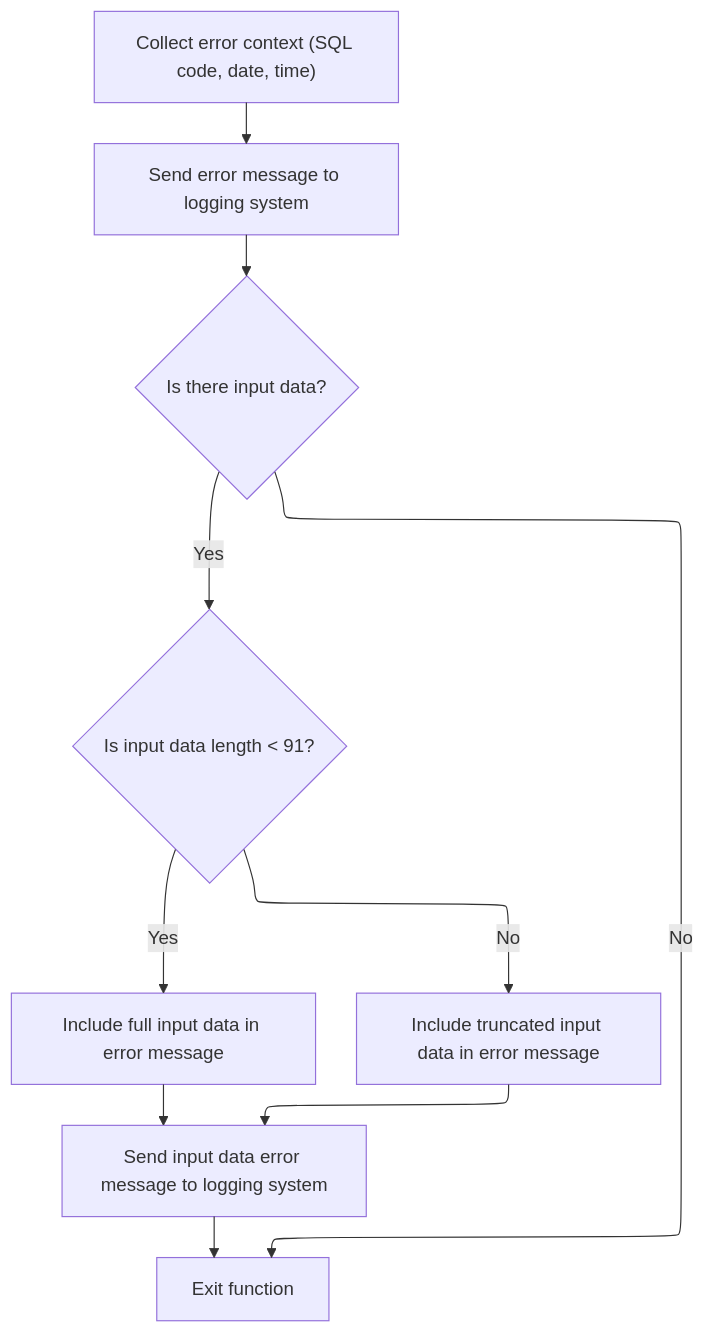
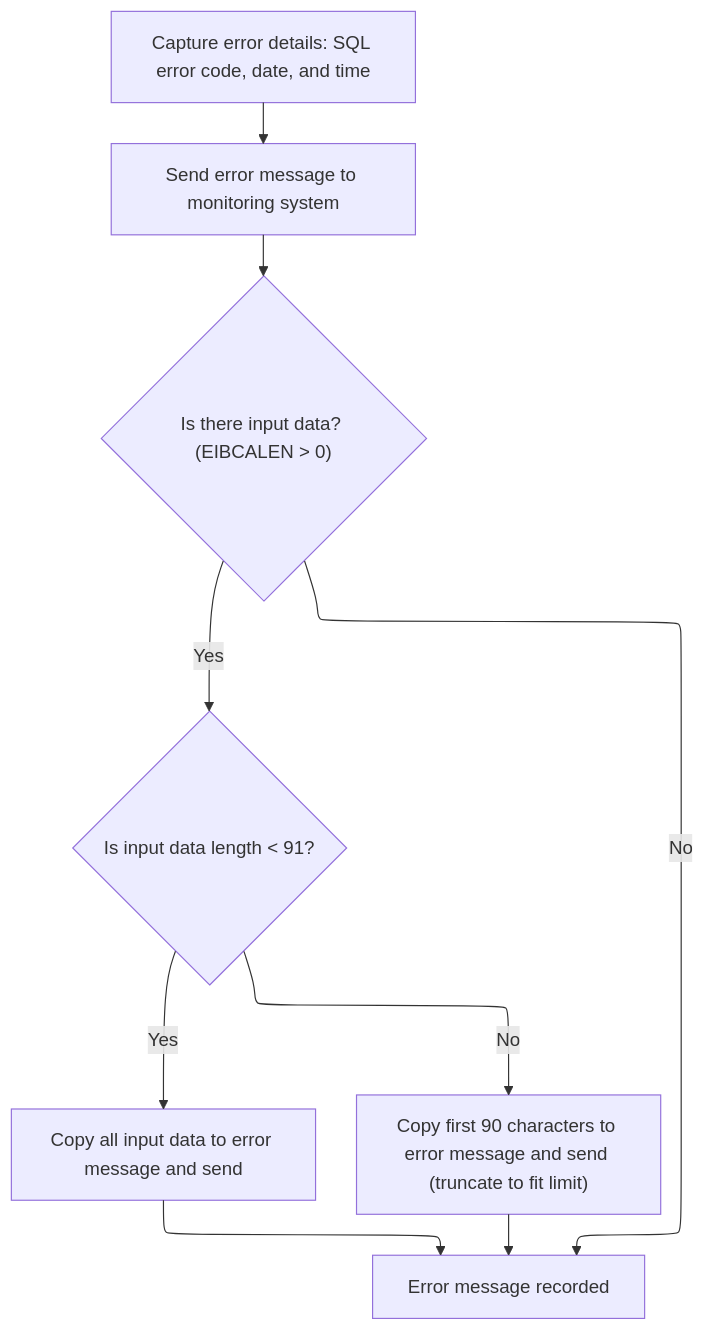
One commit to Giri-Swimm/Swimmio-genapp-motor changed the third of 15 diagrams in .swm/inserting-insurance-policy-data-lgapdb09.xwl743qs.sw.md. Above: the diagram before and after it, drawn with Mermaid. The commit also changed other lines of this file and 17 other files, not shown here.

````diff
--- a/.swm/inserting-insurance-policy-data-lgapdb09.xwl743qs.sw.md
+++ b/.swm/inserting-insurance-policy-data-lgapdb09.xwl743qs.sw.md
@@ -528,46 +594,40 @@
 ```mermaid
 %%{init: {"flowchart": {"defaultRenderer": "elk"}} }%%
 flowchart TD
-    node1["Collect error context (SQL code, date, time)"] --> node2["Send error message to logging system"]
-    click node1 openCode "base/src/lgapdb09.cbl:620:628"
-    click node2 openCode "base/src/lgapdb09.cbl:629:632"
-    node2 --> node3{"Is there input data?"}
-    click node3 openCode "base/src/lgapdb09.cbl:633:647"
-    node3 -->|"No"| node8["Exit function"]
-    click node8 openCode "base/src/lgapdb09.cbl:648:648"
-    node3 -->|"Yes"| node4{"Is input data length < 91?"}
-    click node4 openCode "base/src/lgapdb09.cbl:634:646"
-    node4 -->|"Yes"| node5["Include full input data in error message"]
-    click node5 openCode "base/src/lgapdb09.cbl:635:639"
-    node4 -->|"No"| node6["Include truncated input data in error message"]
-    click node6 openCode "base/src/lgapdb09.cbl:641:645"
-    node5 --> node7["Send input data error message to logging system"]
-    click node7 openCode "base/src/lgapdb09.cbl:636:639"
-    node6 --> node7
-    node7 --> node8["Exit function"]
-    click node8 openCode "base/src/lgapdb09.cbl:648:648"
+  node1["Capture error details: SQL error code, date, and time"] --> node2["Send error message to monitoring system"]
+  click node1 openCode "base/src/lgapdb09.cbl:620:628"
+  click node2 openCode "base/src/lgapdb09.cbl:629:632"
+  node2 --> node3{"Is there input data? (EIBCALEN > 0)"}
+  click node3 openCode "base/src/lgapdb09.cbl:633:647"
+  node3 -->|"No"| node6["Error message recorded"]
+  click node6 openCode "base/src/lgapdb09.cbl:648:648"
+  node3 -->|"Yes"| node4{"Is input data length < 91?"}
+  click node4 openCode "base/src/lgapdb09.cbl:634:646"
+  node4 -->|"Yes"| node5["Copy all input data to error message and send"]
+  click node5 openCode "base/src/lgapdb09.cbl:635:639"
+  node4 -->|"No"| node7["Copy first 90 characters to error message and send (truncate to fit limit)"]
+  click node7 openCode "base/src/lgapdb09.cbl:641:645"
+  node5 --> node6
+  node7 --> node6
 classDef HeadingStyle fill:#777777,stroke:#333,stroke-width:2px;
 
 %% Swimm:
 %% %%{init: {"flowchart": {"defaultRenderer": "elk"}} }%%
 %% flowchart TD
-%%     node1["Collect error context (SQL code, date, time)"] --> node2["Send error message to logging system"]
-%%     click node1 openCode "<SwmPath>[base/src/lgapdb09.cbl](base/src/lgapdb09.cbl)</SwmPath>:620:628"
-%%     click node2 openCode "<SwmPath>[base/src/lgapdb09.cbl](base/src/lgapdb09.cbl)</SwmPath>:629:632"
-%%     node2 --> node3{"Is there input data?"}
-%%     click node3 openCode "<SwmPath>[base/src/lgapdb09.cbl](base/src/lgapdb09.cbl)</SwmPath>:633:647"
-%%     node3 -->|"No"| node8["Exit function"]
-%%     click node8 openCode "<SwmPath>[base/src/lgapdb09.cbl](base/src/lgapdb09.cbl)</SwmPath>:648:648"
-%%     node3 -->|"Yes"| node4{"Is input data length < 91?"}
-%%     click node4 openCode "<SwmPath>[base/src/lgapdb09.cbl](base/src/lgapdb09.cbl)</SwmPath>:634:646"
-%%     node4 -->|"Yes"| node5["Include full input data in error message"]
-%%     click node5 openCode "<SwmPath>[base/src/lgapdb09.cbl](base/src/lgapdb09.cbl)</SwmPath>:635:639"
-%%     node4 -->|"No"| node6["Include truncated input data in error message"]
-%%     click node6 openCode "<SwmPath>[base/src/lgapdb09.cbl](base/src/lgapdb09.cbl)</SwmPath>:641:645"
-%%     node5 --> node7["Send input data error message to logging system"]
-%%     click node7 openCode "<SwmPath>[base/src/lgapdb09.cbl](base/src/lgapdb09.cbl)</SwmPath>:636:639"
-%%     node6 --> node7
-%%     node7 --> node8["Exit function"]
-%%     click node8 openCode "<SwmPath>[base/src/lgapdb09.cbl](base/src/lgapdb09.cbl)</SwmPath>:648:648"
+%%   node1["Capture error details: SQL error code, date, and time"] --> node2["Send error message to monitoring system"]
+%%   click node1 openCode "<SwmPath>[base/src/lgapdb09.cbl](base/src/lgapdb09.cbl)</SwmPath>:620:628"
+%%   click node2 openCode "<SwmPath>[base/src/lgapdb09.cbl](base/src/lgapdb09.cbl)</SwmPath>:629:632"
+%%   node2 --> node3{"Is there input data? (EIBCALEN > 0)"}
+%%   click node3 openCode "<SwmPath>[base/src/lgapdb09.cbl](base/src/lgapdb09.cbl)</SwmPath>:633:647"
+%%   node3 -->|"No"| node6["Error message recorded"]
+%%   click node6 openCode "<SwmPath>[base/src/lgapdb09.cbl](base/src/lgapdb09.cbl)</SwmPath>:648:648"
+%%   node3 -->|"Yes"| node4{"Is input data length < 91?"}
+%%   click node4 openCode "<SwmPath>[base/src/lgapdb09.cbl](base/src/lgapdb09.cbl)</SwmPath>:634:646"
+%%   node4 -->|"Yes"| node5["Copy all input data to error message and send"]
+%%   click node5 openCode "<SwmPath>[base/src/lgapdb09.cbl](base/src/lgapdb09.cbl)</SwmPath>:635:639"
+%%   node4 -->|"No"| node7["Copy first 90 characters to error message and send (truncate to fit limit)"]
+%%   click node7 openCode "<SwmPath>[base/src/lgapdb09.cbl](base/src/lgapdb09.cbl)</SwmPath>:641:645"
+%%   node5 --> node6
+%%   node7 --> node6
 %% classDef HeadingStyle fill:#777777,stroke:#333,stroke-width:2px;
 ```
````
